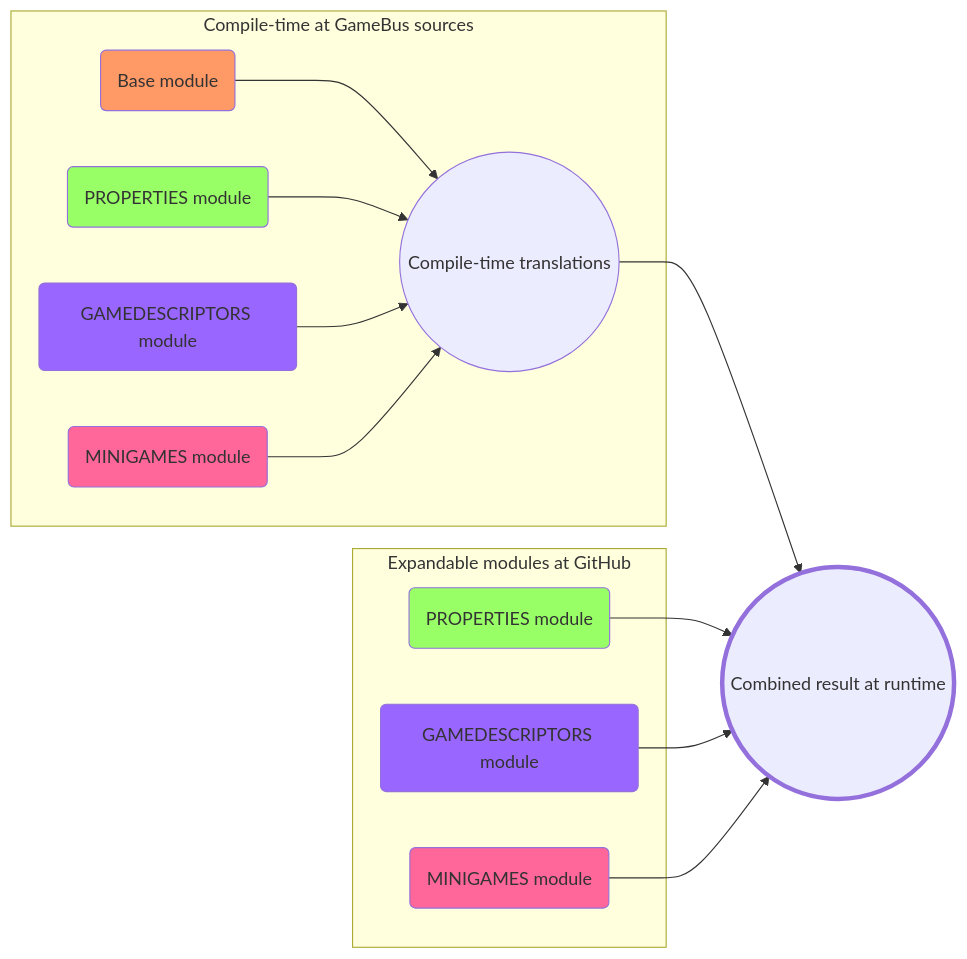
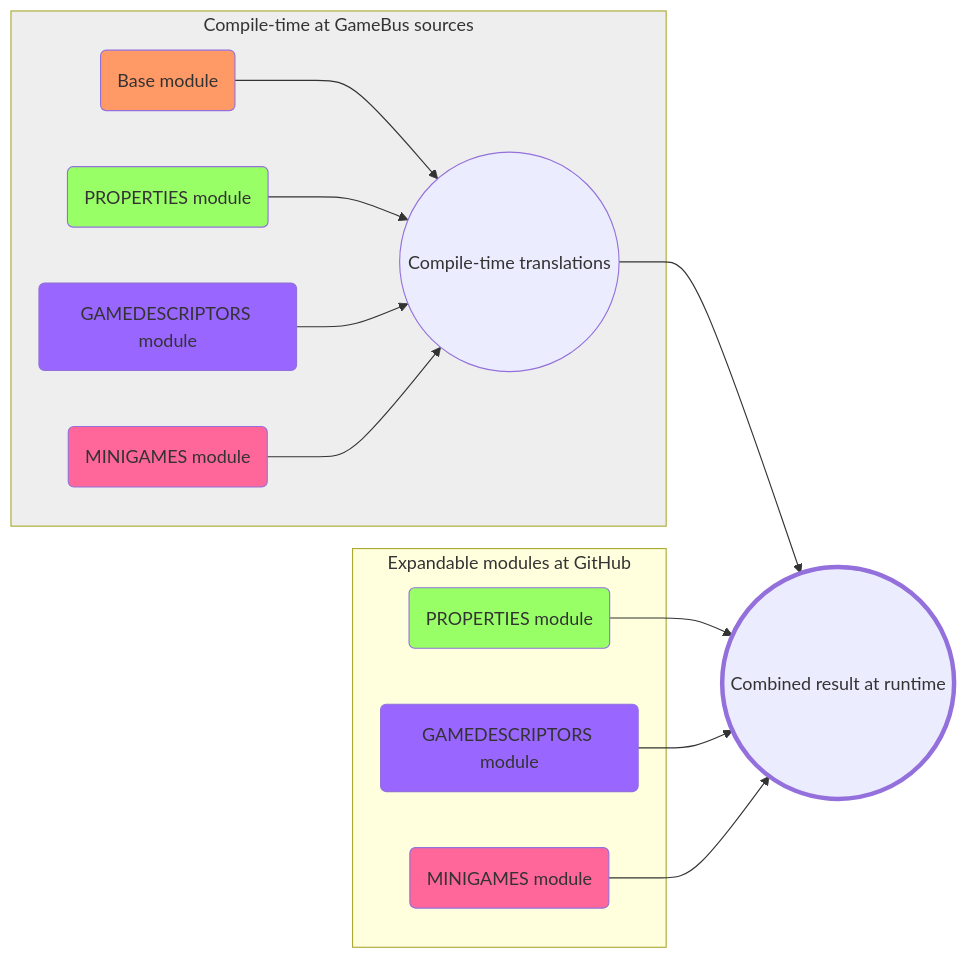
One commit to vitalithree/gamebus-localization changed the diagram in README.md. Above: the diagram before and after it, drawn with Mermaid.

````diff
--- a/README.md
+++ b/README.md
@@ -29,32 +29,34 @@
 ```mermaid
 graph LR
-    subgraph Compile-time at GameBus sources
+    subgraph gamebus-side[Compile-time at GameBus sources]
         base(Base module) --> result-c((Compile-time translations))
         properties-c(PROPERTIES module) --> result-c
         descriptors-c(GAMEDESCRIPTORS module) --> result-c
         minigames-c(MINIGAMES module) --> result-c
     end
 
-    subgraph Expandable modules at GitHub
+    subgraph external[Expandable modules at GitHub]
         properties-e(PROPERTIES module)
         descriptors-e(GAMEDESCRIPTORS module)
         minigames-e(MINIGAMES module)
     end
     
     result-c --> result-f((Combined result at runtime))
     properties-e --> result-f
     descriptors-e --> result-f
     minigames-e --> result-f
     
 
+     classDef grey fill:#eee
      classDef orange fill:#f96
      classDef green fill:#9f6
      classDef purple fill:#96f
      classDef pink fill:#f69
      classDef bold stroke-width:4px
+     class gamebus-side grey
      class base orange
      class properties-c,properties-e green
      class descriptors-c,descriptors-e purple
      class minigames-c,minigames-e pink
      class result-f bold
 ```
````
